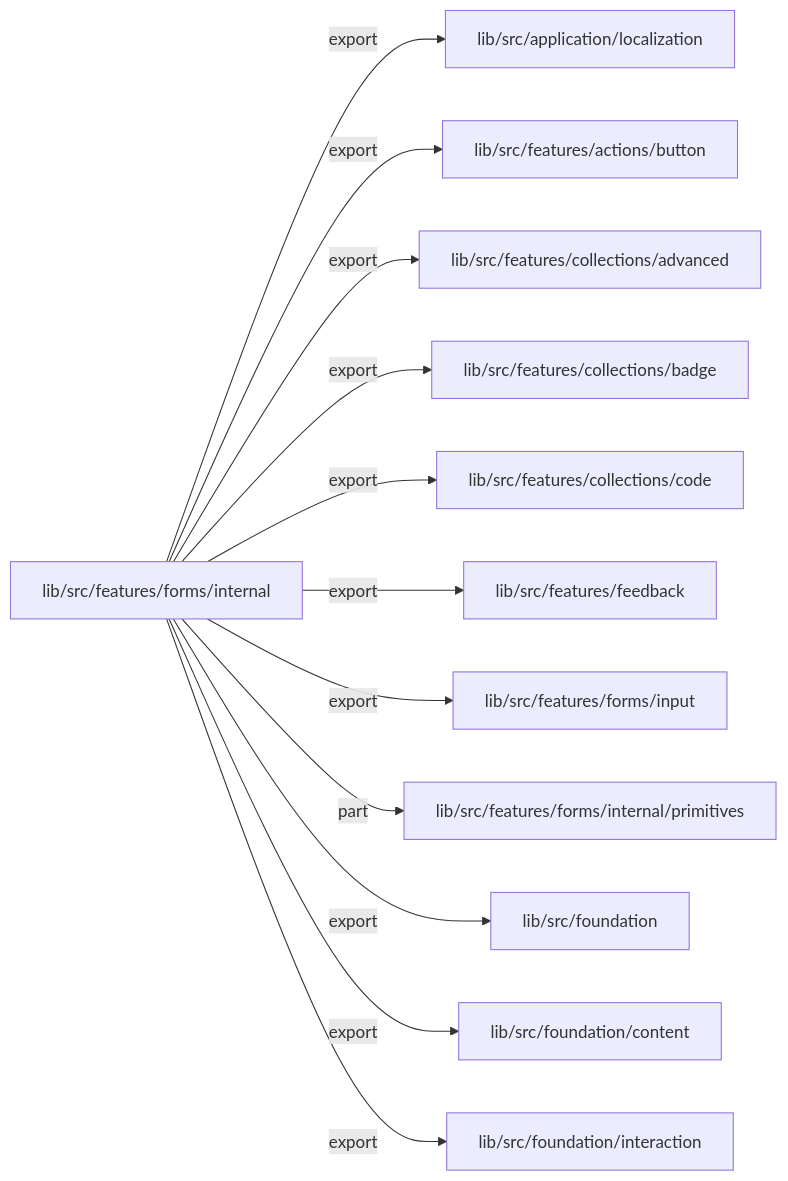
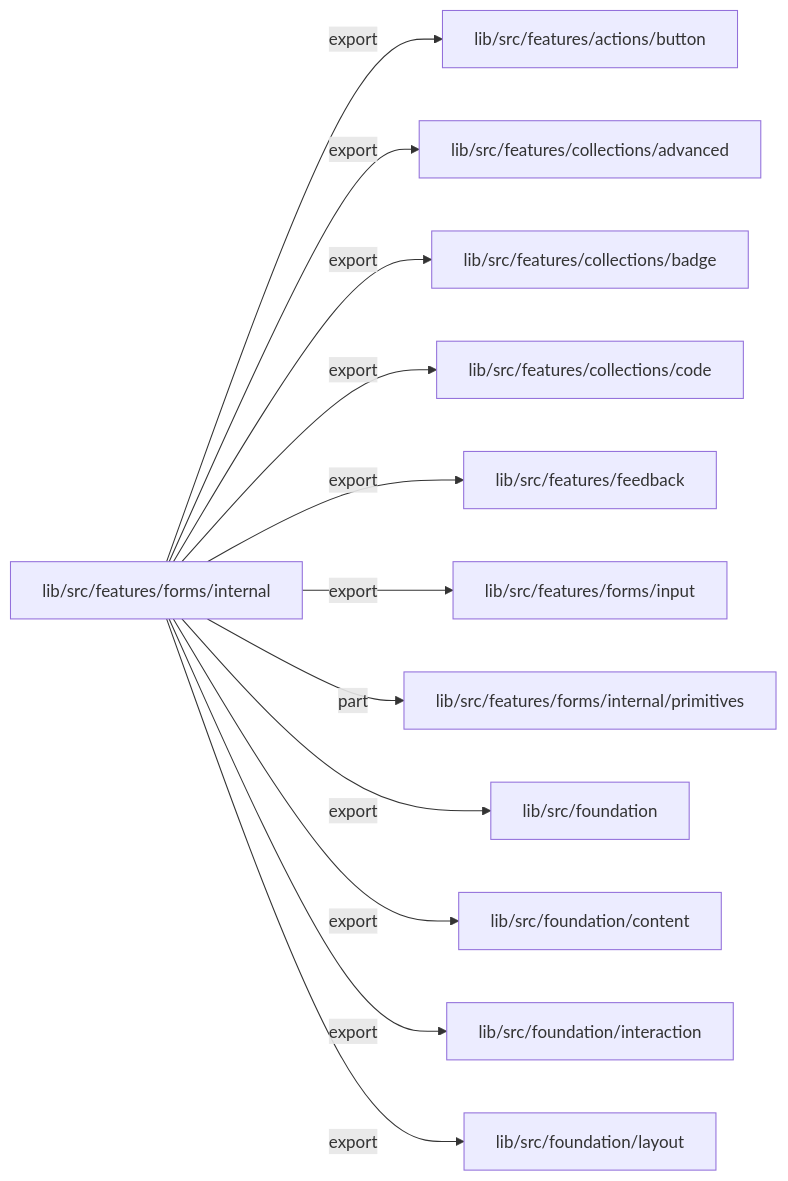
Before and after one commit to MiuDog/Kallopis: the first of 3 diagrams in docs/architecture/src/features/forms/internal/README.md, drawn with Mermaid. The commit also changed other lines of this file and 9688 other files, not shown here.

Commit message:
Prepare isolated Flow F2 peer baseline

````diff
--- a/docs/architecture/src/features/forms/internal/README.md
+++ b/docs/architecture/src/features/forms/internal/README.md
@@ -13,26 +13,26 @@
 ```mermaid
 flowchart LR
 	n0["lib/src/features/forms/internal"]
-	n1["lib/src/application/localization"]
-	n2["lib/src/features/actions/button"]
-	n3["lib/src/features/collections/advanced"]
-	n4["lib/src/features/collections/badge"]
-	n5["lib/src/features/collections/code"]
-	n6["lib/src/features/feedback"]
-	n7["lib/src/features/forms/input"]
-	n8["lib/src/features/forms/internal/primitives"]
-	n9["lib/src/foundation"]
-	n10["lib/src/foundation/content"]
-	n11["lib/src/foundation/interaction"]
+	n1["lib/src/features/actions/button"]
+	n2["lib/src/features/collections/advanced"]
+	n3["lib/src/features/collections/badge"]
+	n4["lib/src/features/collections/code"]
+	n5["lib/src/features/feedback"]
+	n6["lib/src/features/forms/input"]
+	n7["lib/src/features/forms/internal/primitives"]
+	n8["lib/src/foundation"]
+	n9["lib/src/foundation/content"]
+	n10["lib/src/foundation/interaction"]
+	n11["lib/src/foundation/layout"]
 	n0 -->|"export"| n1
 	n0 -->|"export"| n2
 	n0 -->|"export"| n3
 	n0 -->|"export"| n4
 	n0 -->|"export"| n5
 	n0 -->|"export"| n6
-	n0 -->|"export"| n7
-	n0 -->|"part"| n8
+	n0 -->|"part"| n7
+	n0 -->|"export"| n8
 	n0 -->|"export"| n9
 	n0 -->|"export"| n10
 	n0 -->|"export"| n11
 ```
````
